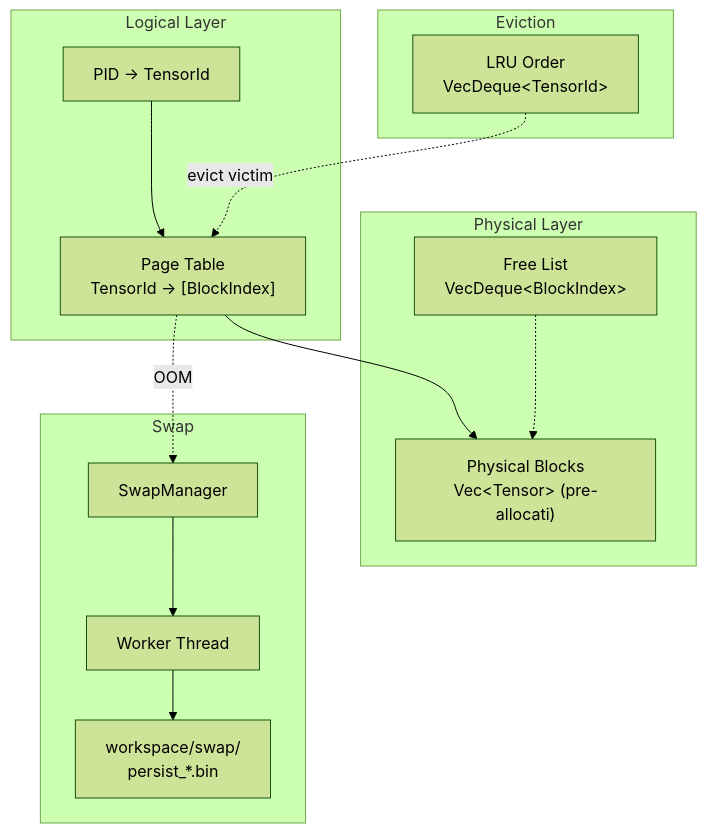
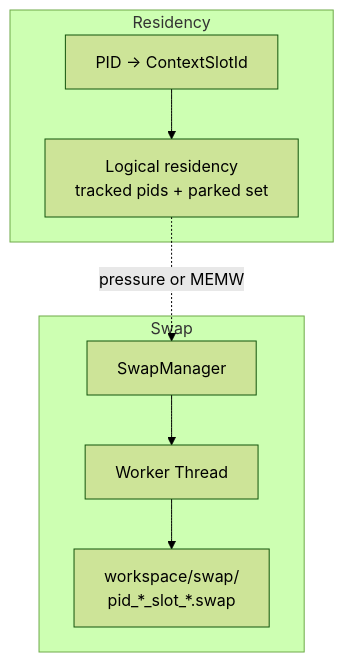
The fifth of 10 diagrams in ARCHITECTURE.md (Bernuz2003/AgenticOS), drawn with Mermaid (forest theme) before and after one commit. The commit also changed other lines of this file and 58 other files, not shown here.

````diff
--- a/ARCHITECTURE.md
+++ b/ARCHITECTURE.md
@@ -389,27 +389,16 @@
 ```mermaid
 graph TB
-    subgraph "Logical Layer"
-        PID["PID → TensorId"]
-        PT["Page Table<br/>TensorId → [BlockIndex]"]
-    end
-
-    subgraph "Physical Layer"
-        BLK["Physical Blocks<br/>Vec&lt;Tensor&gt; (pre-allocati)"]
-        FREE["Free List<br/>VecDeque&lt;BlockIndex&gt;"]
-    end
-
-    subgraph "Eviction"
-        LRU["LRU Order<br/>VecDeque&lt;TensorId&gt;"]
+    subgraph "Residency"
+        PID["PID → ContextSlotId"]
+        LS["Logical residency<br/>tracked pids + parked set"]
     end
 
     subgraph "Swap"
         SM["SwapManager"]
         WT["Worker Thread"]
-        DISK["workspace/swap/<br/>persist_*.bin"]
+        DISK["workspace/swap/<br/>pid_*_slot_*.swap"]
     end
 
-    PID --> PT --> BLK
-    FREE -.-> BLK
-    LRU -.->|evict victim| PT
-    PT -.->|OOM| SM --> WT --> DISK
+    PID --> LS
+    LS -.->|pressure or MEMW| SM --> WT --> DISK
 ```
````
